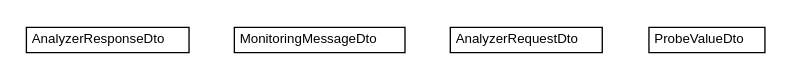
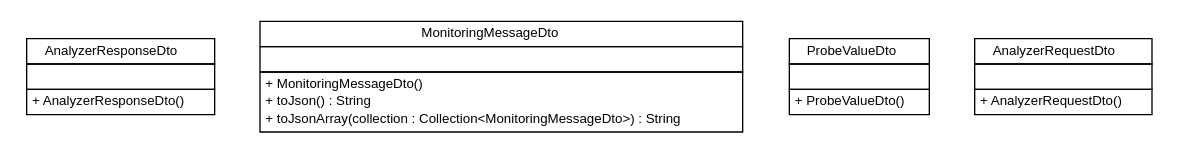
The diagram in apidocs/net/sereneproject/collector/dto/net.sereneproject.collector.dto.dot (serene-project/serene-collector), drawn with Graphviz before and after one commit. The commit also changed 299 other files, not shown here.

```diff
--- a/apidocs/net/sereneproject/collector/dto/net.sereneproject.collector.dto.dot
+++ b/apidocs/net/sereneproject/collector/dto/net.sereneproject.collector.dto.dot
@@ -1,36 +1,62 @@
 #!/usr/local/bin/dot
 #
 # Class diagram 
 # Generated by UMLGraph version 5.1 (http://www.umlgraph.org/)
 #
 
 digraph G {
 	edge [fontname="Helvetica",fontsize=10,labelfontname="Helvetica",labelfontsize=10];
 	node [fontname="Helvetica",fontsize=10,shape=plaintext];
 	nodesep=0.25;
 	ranksep=0.5;
 	// net.sereneproject.collector.dto.AnalyzerResponseDto
-	c18 [label=<<table title="net.sereneproject.collector.dto.AnalyzerResponseDto" border="0" cellborder="1" cellspacing="0" cellpadding="2" port="p" href="./AnalyzerResponseDto.html">
+	c36 [label=<<table title="net.sereneproject.collector.dto.AnalyzerResponseDto" border="0" cellborder="1" cellspacing="0" cellpadding="2" port="p" href="./AnalyzerResponseDto.html">
 		<tr><td><table border="0" cellspacing="0" cellpadding="1">
 <tr><td align="center" balign="center"> AnalyzerResponseDto </td></tr>
 		</table></td></tr>
+		<tr><td><table border="0" cellspacing="0" cellpadding="1">
+<tr><td align="left" balign="left">  </td></tr>
+		</table></td></tr>
+		<tr><td><table border="0" cellspacing="0" cellpadding="1">
+<tr><td align="left" balign="left"> + AnalyzerResponseDto() </td></tr>
+		</table></td></tr>
 		</table>>, fontname="Helvetica", fontcolor="black", fontsize=10.0];
 	// net.sereneproject.collector.dto.MonitoringMessageDto
-	c19 [label=<<table title="net.sereneproject.collector.dto.MonitoringMessageDto" border="0" cellborder="1" cellspacing="0" cellpadding="2" port="p" href="./MonitoringMessageDto.html">
+	c37 [label=<<table title="net.sereneproject.collector.dto.MonitoringMessageDto" border="0" cellborder="1" cellspacing="0" cellpadding="2" port="p" href="./MonitoringMessageDto.html">
 		<tr><td><table border="0" cellspacing="0" cellpadding="1">
 <tr><td align="center" balign="center"> MonitoringMessageDto </td></tr>
 		</table></td></tr>
+		<tr><td><table border="0" cellspacing="0" cellpadding="1">
+<tr><td align="left" balign="left">  </td></tr>
+		</table></td></tr>
+		<tr><td><table border="0" cellspacing="0" cellpadding="1">
+<tr><td align="left" balign="left"> + MonitoringMessageDto() </td></tr>
+<tr><td align="left" balign="left"> + toJson() : String </td></tr>
+<tr><td align="left" balign="left"> + toJsonArray(collection : Collection&lt;MonitoringMessageDto&gt;) : String </td></tr>
+		</table></td></tr>
+		</table>>, fontname="Helvetica", fontcolor="black", fontsize=10.0];
+	// net.sereneproject.collector.dto.ProbeValueDto
+	c38 [label=<<table title="net.sereneproject.collector.dto.ProbeValueDto" border="0" cellborder="1" cellspacing="0" cellpadding="2" port="p" href="./ProbeValueDto.html">
+		<tr><td><table border="0" cellspacing="0" cellpadding="1">
+<tr><td align="center" balign="center"> ProbeValueDto </td></tr>
+		</table></td></tr>
+		<tr><td><table border="0" cellspacing="0" cellpadding="1">
+<tr><td align="left" balign="left">  </td></tr>
+		</table></td></tr>
+		<tr><td><table border="0" cellspacing="0" cellpadding="1">
+<tr><td align="left" balign="left"> + ProbeValueDto() </td></tr>
+		</table></td></tr>
 		</table>>, fontname="Helvetica", fontcolor="black", fontsize=10.0];
 	// net.sereneproject.collector.dto.AnalyzerRequestDto
-	c20 [label=<<table title="net.sereneproject.collector.dto.AnalyzerRequestDto" border="0" cellborder="1" cellspacing="0" cellpadding="2" port="p" href="./AnalyzerRequestDto.html">
+	c39 [label=<<table title="net.sereneproject.collector.dto.AnalyzerRequestDto" border="0" cellborder="1" cellspacing="0" cellpadding="2" port="p" href="./AnalyzerRequestDto.html">
 		<tr><td><table border="0" cellspacing="0" cellpadding="1">
 <tr><td align="center" balign="center"> AnalyzerRequestDto </td></tr>
 		</table></td></tr>
-		</table>>, fontname="Helvetica", fontcolor="black", fontsize=10.0];
-	// net.sereneproject.collector.dto.ProbeValueDto
-	c21 [label=<<table title="net.sereneproject.collector.dto.ProbeValueDto" border="0" cellborder="1" cellspacing="0" cellpadding="2" port="p" href="./ProbeValueDto.html">
 		<tr><td><table border="0" cellspacing="0" cellpadding="1">
-<tr><td align="center" balign="center"> ProbeValueDto </td></tr>
+<tr><td align="left" balign="left">  </td></tr>
+		</table></td></tr>
+		<tr><td><table border="0" cellspacing="0" cellpadding="1">
+<tr><td align="left" balign="left"> + AnalyzerRequestDto() </td></tr>
 		</table></td></tr>
 		</table>>, fontname="Helvetica", fontcolor="black", fontsize=10.0];
 }
```
